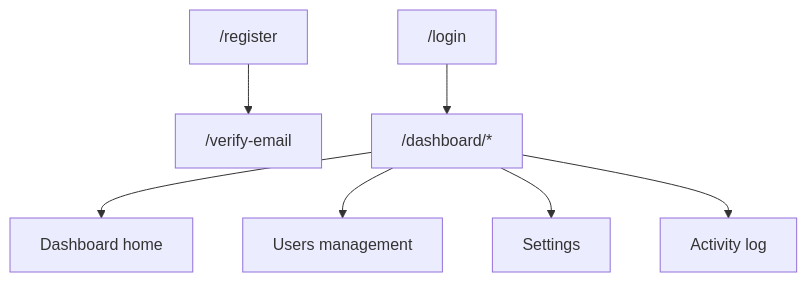
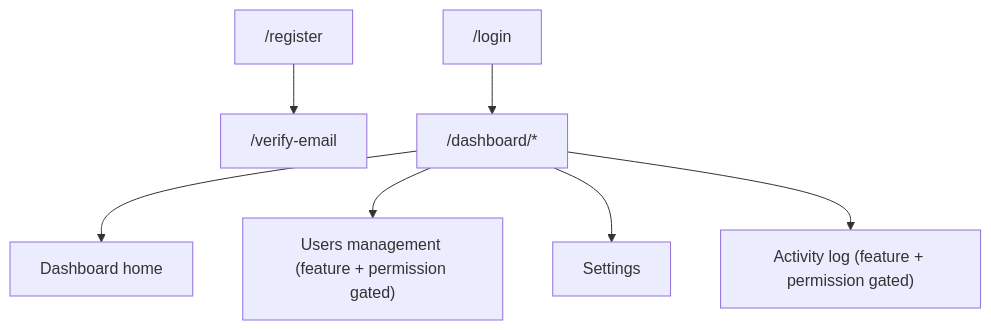
Before and after one commit to atenatiwosgetachew1-ET/Basecode-Portal: the third of 3 diagrams in docs/BOILERPLATE.md, drawn with Mermaid. The commit also changed other lines of this file and 31 other files, not shown here.

````diff
--- a/docs/BOILERPLATE.md
+++ b/docs/BOILERPLATE.md
@@ -149,13 +166,13 @@
 ```mermaid
 flowchart TD
   L["/login"]
   R["/register"]
   V["/verify-email"]
   D["/dashboard/*"]
   L --> D
   R --> V
   D --> DH["Dashboard home"]
-  D --> DU["Users management"]
+  D --> DU["Users management (feature + permission gated)"]
   D --> DS["Settings"]
-  D --> DA["Activity log"]
+  D --> DA["Activity log (feature + permission gated)"]
 ```
````
